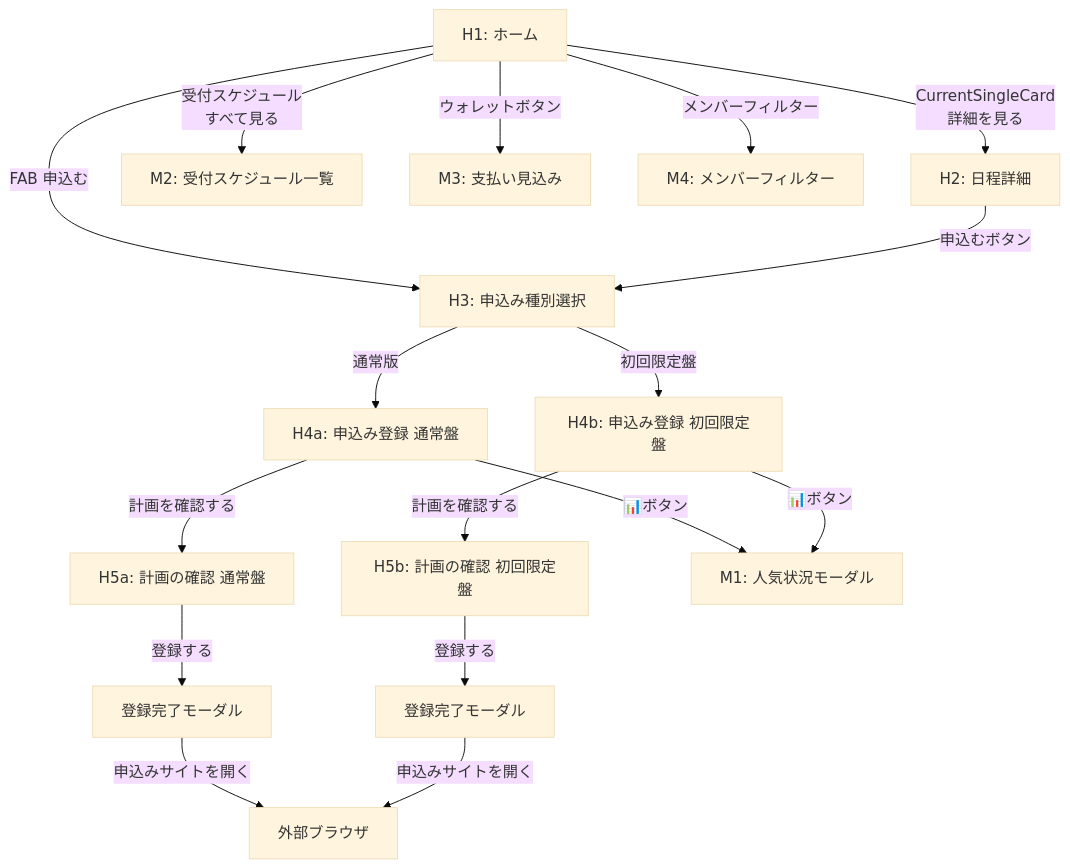
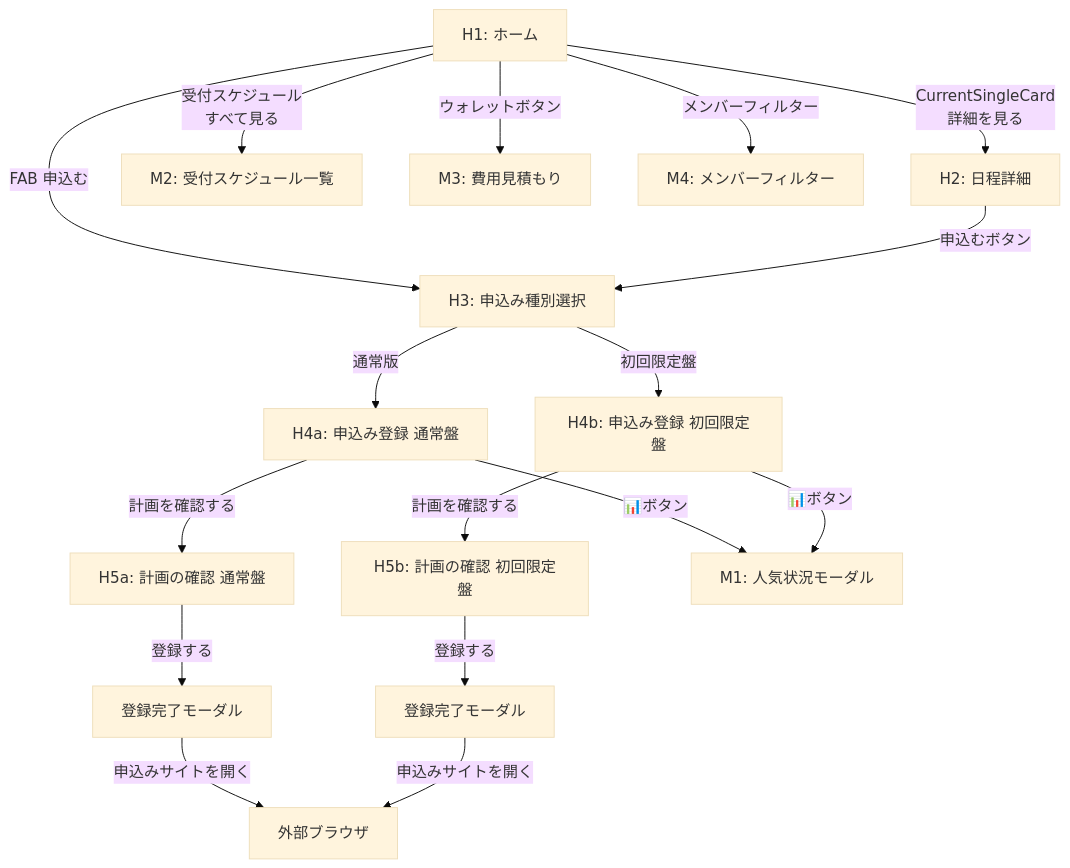
Before and after one commit to sekai-nina/meet-greet-app: the first of 2 diagrams in docs/spec_home.md, drawn with Mermaid (base theme). The commit also changed other lines of this file and 1 other file, not shown here.

````diff
--- a/docs/spec_home.md
+++ b/docs/spec_home.md
@@ -25,23 +25,23 @@
 ```mermaid
 flowchart TD
     H1[H1: ホーム] -->|CurrentSingleCard<br/>詳細を見る| H2[H2: 日程詳細]
     H1 -->|FAB 申込む| H3[H3: 申込み種別選択]
     H1 -->|受付スケジュール<br/>すべて見る| M2[M2: 受付スケジュール一覧]
-    H1 -->|ウォレットボタン| M3[M3: 支払い見込み]
+    H1 -->|ウォレットボタン| M3[M3: 費用見積もり]
     H1 -->|メンバーフィルター| M4[M4: メンバーフィルター]
 
     H2 -->|申込むボタン| H3
 
     H3 -->|通常版| H4a[H4a: 申込み登録 通常盤]
     H3 -->|初回限定盤| H4b[H4b: 申込み登録 初回限定盤]
 
     H4a -->|計画を確認する| H5a[H5a: 計画の確認 通常盤]
     H4b -->|計画を確認する| H5b[H5b: 計画の確認 初回限定盤]
     H4a -->|📊ボタン| M1[M1: 人気状況モーダル]
     H4b -->|📊ボタン| M1
 
     H5a -->|登録する| H5a_modal[登録完了モーダル]
     H5b -->|登録する| H5b_modal[登録完了モーダル]
     H5a_modal -->|申込みサイトを開く| EXT[外部ブラウザ]
     H5b_modal -->|申込みサイトを開く| EXT
 ```
````
